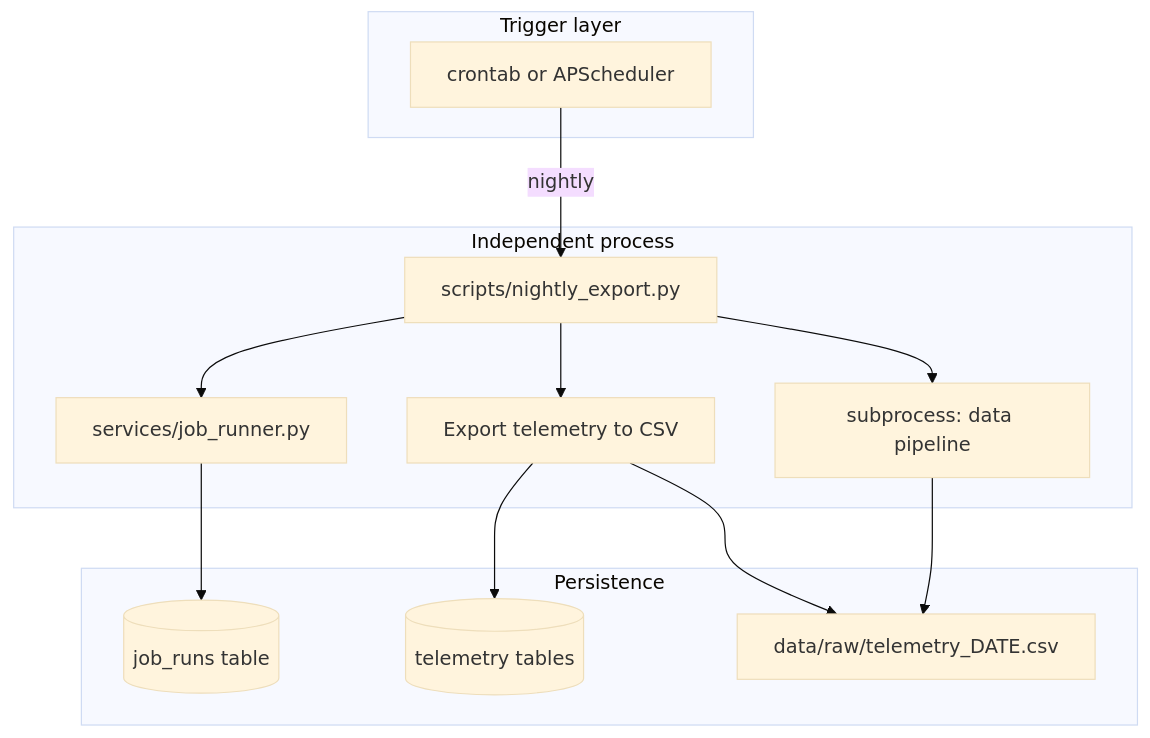
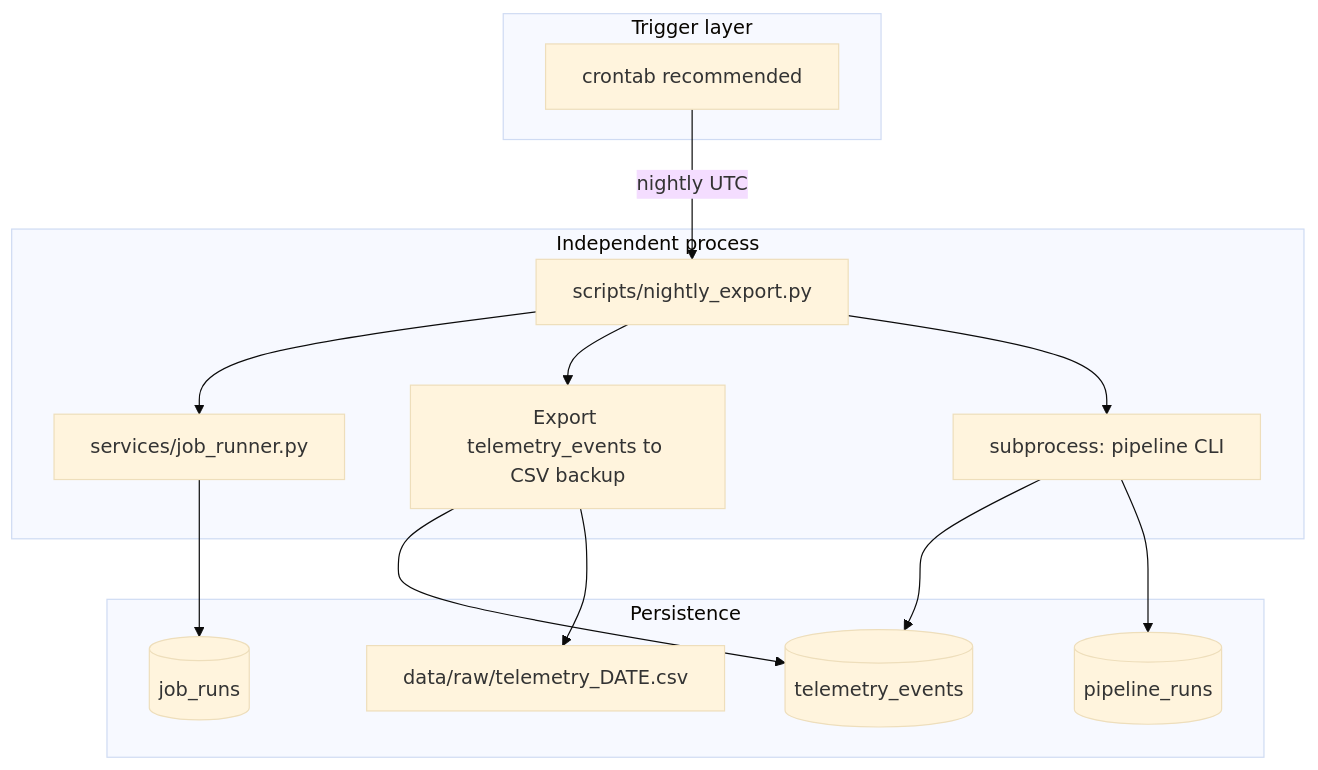
One commit to 4GeeksAcademy/ai-engineering-syllabus changed the diagram in content/projects/ai-eng-cronjobs/.learn/solution/README.md. Above: the diagram before and after it, drawn with Mermaid (base theme). The commit also changed other lines of this file and 5 other files, not shown here.

````diff
--- a/content/projects/ai-eng-cronjobs/.learn/solution/README.md
+++ b/content/projects/ai-eng-cronjobs/.learn/solution/README.md
@@ -21,23 +21,25 @@
 ```mermaid
 flowchart TD
   subgraph trigger [Trigger layer]
-    CRON[crontab or APScheduler]
+    CRON[crontab recommended]
   end
   subgraph script [Independent process]
     NE[scripts/nightly_export.py]
     JR[services/job_runner.py]
     NE --> JR
-    NE --> EXP[Export telemetry to CSV]
-    NE --> PIPE[subprocess: data pipeline]
+    NE --> EXP[Export telemetry_events to CSV backup]
+    NE --> PIPE[subprocess: pipeline CLI]
   end
   subgraph storage [Persistence]
-    DB[(job_runs table)]
+    JRUN[(job_runs)]
+    PRUN[(pipeline_runs)]
     CSV[data/raw/telemetry_DATE.csv]
-    TEL[(telemetry tables)]
+    TEL[(telemetry_events)]
   end
-  CRON -->|nightly| NE
-  JR --> DB
+  CRON -->|nightly UTC| NE
+  JR --> JRUN
   EXP --> TEL
   EXP --> CSV
-  PIPE --> CSV
+  PIPE --> TEL
+  PIPE --> PRUN
 ```
````
